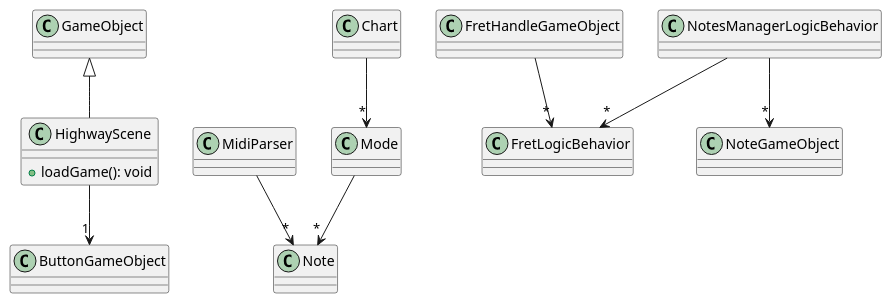
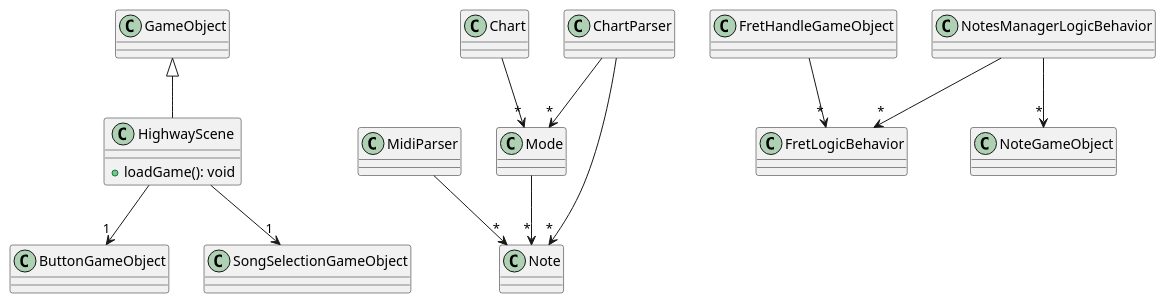
Before and after one commit to sprunk-engine/sprunk-hero: the diagram in doc/diagrams/gameobjects_scenes.puml, drawn with PlantUML. The commit also changed 4 other files, not shown here.

```diff
--- a/doc/diagrams/gameobjects_scenes.puml
+++ b/doc/diagrams/gameobjects_scenes.puml
@@ -1,12 +1,15 @@
 @startuml
 class HighwayScene extends GameObject {
     +loadGame(): void
 }
 Mode --> "*" Note
 NotesManagerLogicBehavior --> "*" FretLogicBehavior
 NotesManagerLogicBehavior --> "*" NoteGameObject
 FretHandleGameObject --> "*" FretLogicBehavior
 Chart --> "*" Mode
 MidiParser --> "*" Note
+ChartParser --> "*" Mode
+ChartParser --> "*" Note
 HighwayScene --> "1" ButtonGameObject
+HighwayScene --> "1" SongSelectionGameObject
 @enduml
```
